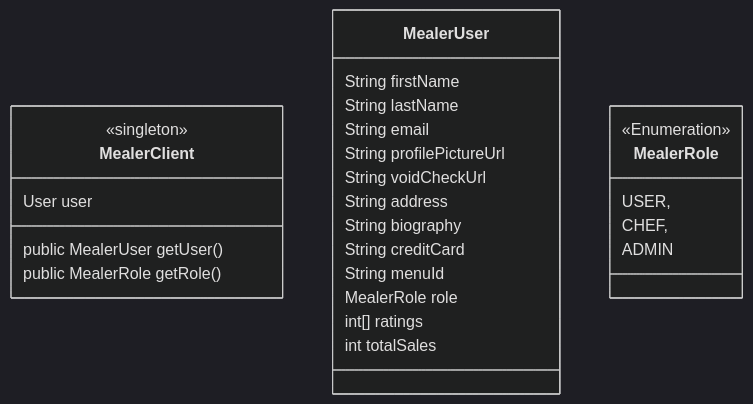
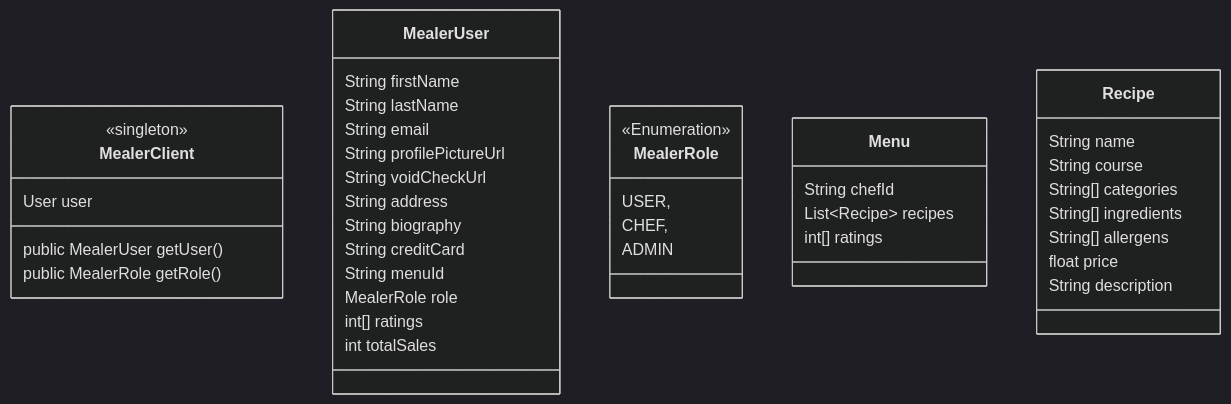
The second of 3 diagrams in README.md (Hamza-Bouzoubaa/Mealer-AndroidStudioApp), drawn with Mermaid (dark theme) before and after one commit. The commit also changed other lines of this file, not shown here.

Commit message:
Add classes to README

````diff
--- a/README.md
+++ b/README.md
@@ -49,33 +49,48 @@
 ```mermaid
 classDiagram
     class MealerClient {
         <<singleton>>
         User user
 
         public MealerUser getUser()
         public MealerRole getRole()
     }
 
     class MealerUser {
         String firstName
         String lastName
         String email
         String profilePictureUrl
         String voidCheckUrl
         String address
         String biography
         String creditCard
         String menuId
         MealerRole role
         int[] ratings
         int totalSales
     }
 
     class MealerRole {
         <<Enumeration>>
         USER,
         CHEF,
         ADMIN
     }
 
+    class Menu {
+        String chefId
+        List~Recipe~ recipes
+        int[] ratings
+    }
+
+    class Recipe {
+        String name
+        String course
+        String[] categories
+        String[] ingredients
+        String[] allergens
+        float price
+        String description
+    }
 ```
````
